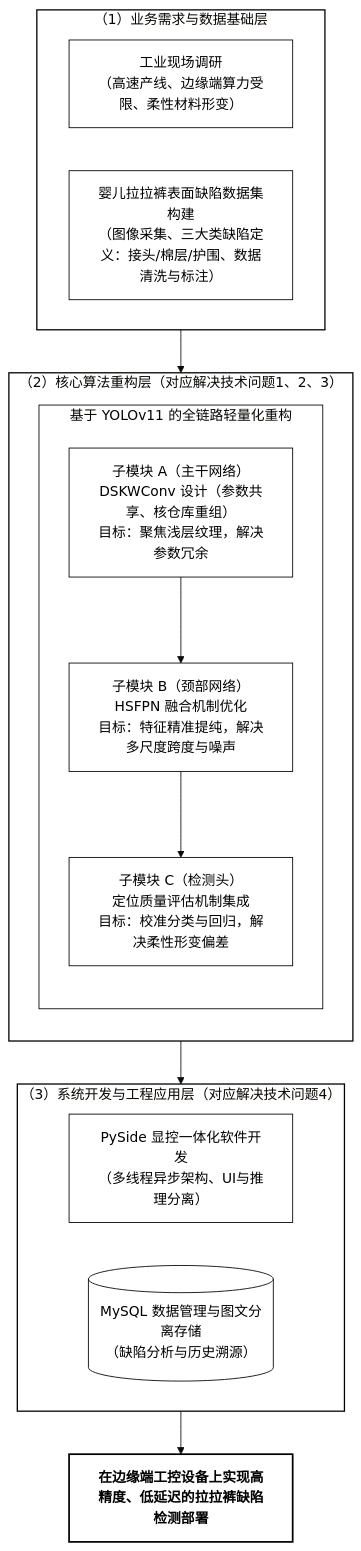
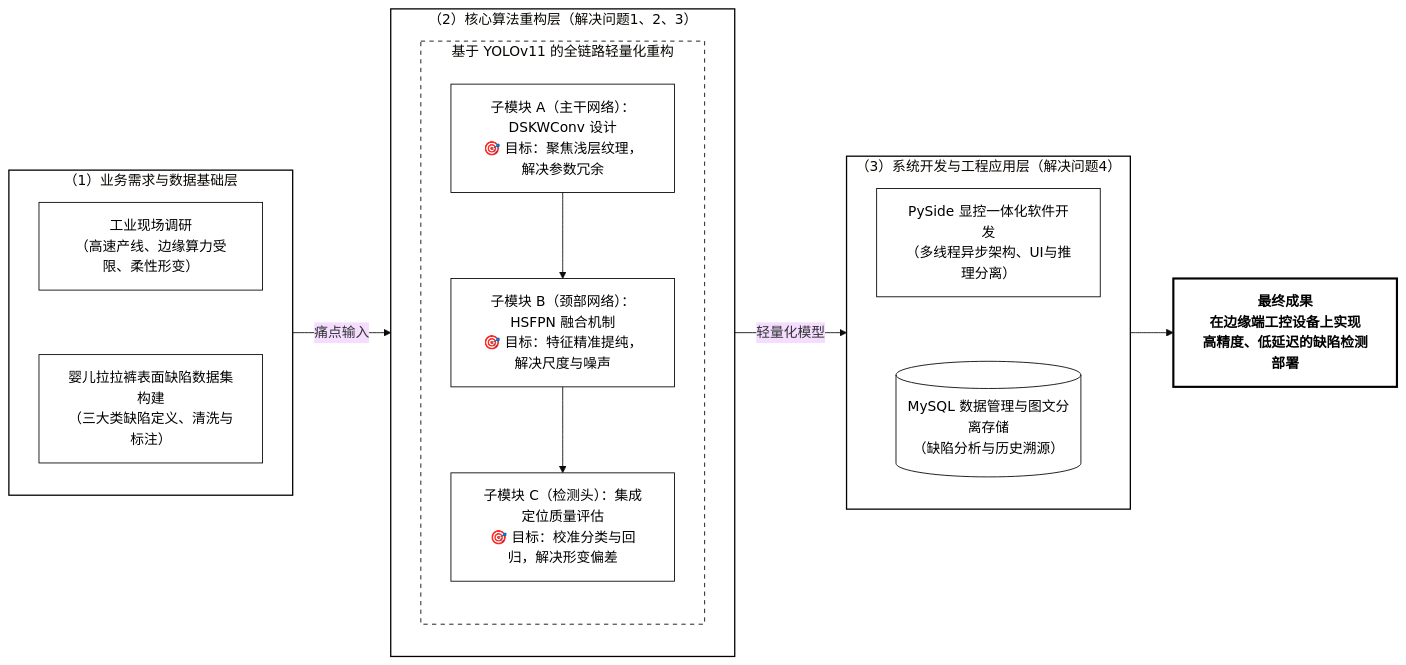
Before and after one commit to MAOSHENGsong/iodraw-files: the diagram in all/未命名-5.md, drawn with Mermaid (base theme).

Commit message:
2026-05-09 16:27:27 update

````diff
--- a/all/未命名-5.md
+++ b/all/未命名-5.md
@@ -1,48 +1,54 @@
 ```mermaid
-graph TD
+graph LR
     %% 定义全局黑白极简学术风格
     classDef default fill:#ffffff,stroke:#000000,stroke-width:1px,color:#000000;
-    classDef strongBox fill:#ffffff,stroke:#000000,stroke-width:2px,font-weight:bold;
+    classDef strongBox fill:#ffffff,stroke:#000000,stroke-width:2.5px,font-weight:bold;
+    classDef hidden stroke-width:0px, fill:none;
 
     %% 第一层：业务需求与数据基础层
     subgraph Layer1 ["（1）业务需求与数据基础层"]
-        direction LR
-        A["工业现场调研<br>（高速产线、边缘端算力受限、柔性材料形变）"] 
-        B["婴儿拉拉裤表面缺陷数据集构建<br>（图像采集、三大类缺陷定义：接头/棉层/护围、数据清洗与标注）"]
+        direction TB
+        A["工业现场调研<br>（高速产线、边缘算力受限、柔性形变）"] 
+        B["婴儿拉拉裤表面缺陷数据集构建<br>（三大类缺陷定义、清洗与标注）"]
+        
+        %% 内部隐形排版线
+        A ~~~ B
     end
 
     %% 第二层：核心算法重构层
-    subgraph Layer2 ["（2）核心算法重构层（对应解决技术问题1、2、3）"]
+    subgraph Layer2 ["（2）核心算法重构层（解决问题1、2、3）"]
         direction TB
         subgraph YOLO ["基于 YOLOv11 的全链路轻量化重构"]
             direction TB
-            C["子模块 A（主干网络）<br>DSKWConv 设计（参数共享、核仓库重组）<br>目标：聚焦浅层纹理，解决参数冗余"]
-            D["子模块 B（颈部网络）<br>HSFPN 融合机制优化<br>目标：特征精准提纯，解决多尺度跨度与噪声"]
-            E["子模块 C（检测头）<br>定位质量评估机制集成<br>目标：校准分类与回归，解决柔性形变偏差"]
+            C["子模块 A（主干网络）：DSKWConv 设计<br>🎯 目标：聚焦浅层纹理，解决参数冗余"]
+            D["子模块 B（颈部网络）：HSFPN 融合机制<br>🎯 目标：特征精准提纯，解决尺度与噪声"]
+            E["子模块 C（检测头）：集成定位质量评估<br>🎯 目标：校准分类与回归，解决形变偏差"]
             
             C --> D --> E
         end
     end
 
     %% 第三层：系统开发与工程应用层
-    subgraph Layer3 ["（3）系统开发与工程应用层（对应解决技术问题4）"]
-        direction LR
+    subgraph Layer3 ["（3）系统开发与工程应用层（解决问题4）"]
+        direction TB
         F["PySide 显控一体化软件开发<br>（多线程异步架构、UI与推理分离）"]
-        %% 采用圆柱体图形代表数据库，契合参考图风格
         G[("MySQL 数据管理与图文分离存储<br>（缺陷分析与历史溯源）")]
+        
+        %% 内部排版线
+        F ~~~ G
     end
 
     %% 最终成果
-    Result["在边缘端工控设备上实现高精度、低延迟的拉拉裤缺陷检测部署"]:::strongBox
+    Result["最终成果<br>在边缘端工控设备上实现<br>高精度、低延迟的缺陷检测部署"]:::strongBox
 
-    %% 跨层逻辑连接箭头
-    Layer1 --> Layer2
-    Layer2 --> Layer3
+    %% 跨层逻辑连接箭头（使用核心节点连接确保横向排版的直线效果）
+    B -->|痛点输入| C
+    YOLO -->|轻量化模型| F
     Layer3 --> Result
 
-    %% 设定大外框的样式（透明底，加粗黑实线）
+    %% 设定大外框的样式（透明底，加粗黑实线，YOLO用虚线）
     style Layer1 fill:none,stroke:#000000,stroke-width:1.5px
     style Layer2 fill:none,stroke:#000000,stroke-width:1.5px
     style Layer3 fill:none,stroke:#000000,stroke-width:1.5px
-    style YOLO fill:none,stroke:#000000,stroke-width:1px
+    style YOLO fill:none,stroke:#000000,stroke-width:1px,stroke-dasharray: 5 5
 ```
````
